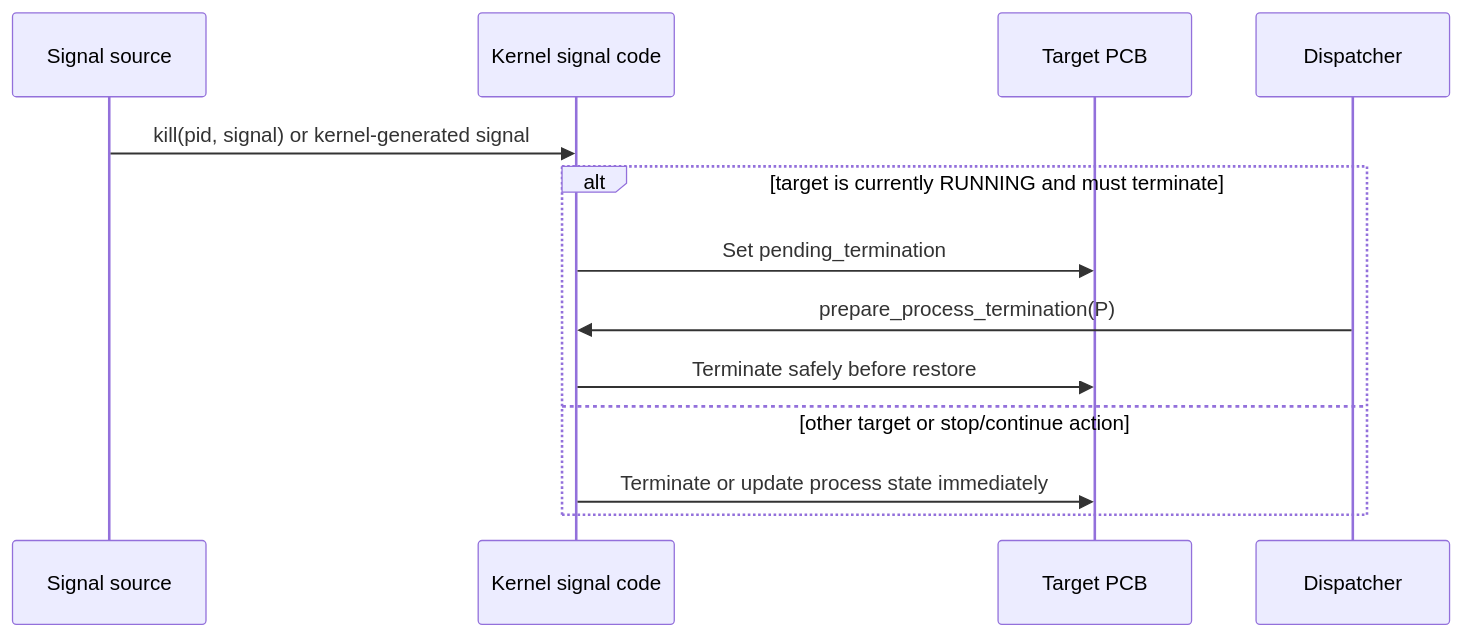
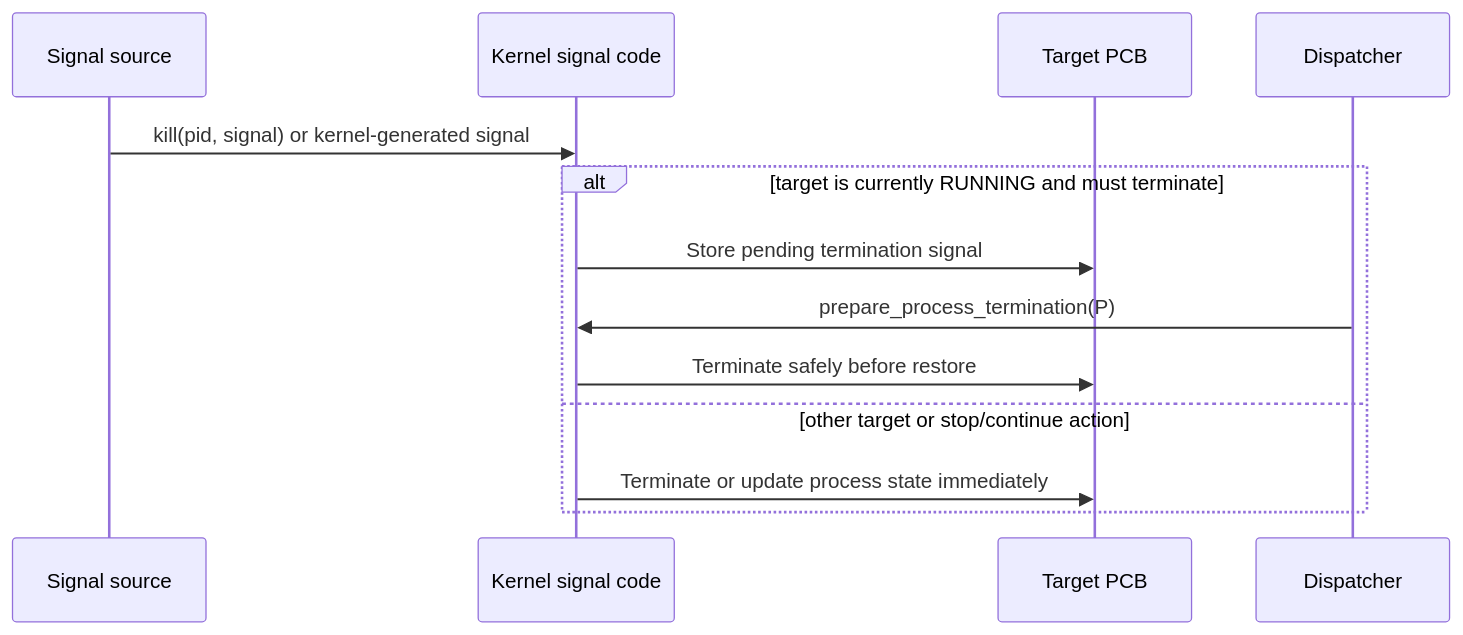
Diagram 12 of 24 in README.md (matthejue/Pico-OS), drawn with Mermaid before and after one commit. The commit also changed other lines of this file and 16 other files, not shown here.

````diff
--- a/README.md
+++ b/README.md
@@ -1466,16 +1490,16 @@
 ```mermaid
 sequenceDiagram
     participant S as Signal source
     participant K as Kernel signal code
     participant P as Target PCB
     participant D as Dispatcher
 
     S->>K: kill(pid, signal) or kernel-generated signal
     alt target is currently RUNNING and must terminate
-        K->>P: Set pending_termination
+        K->>P: Store pending termination signal
         D->>K: prepare_process_termination(P)
         K->>P: Terminate safely before restore
     else other target or stop/continue action
         K->>P: Terminate or update process state immediately
     end
 ```
````
